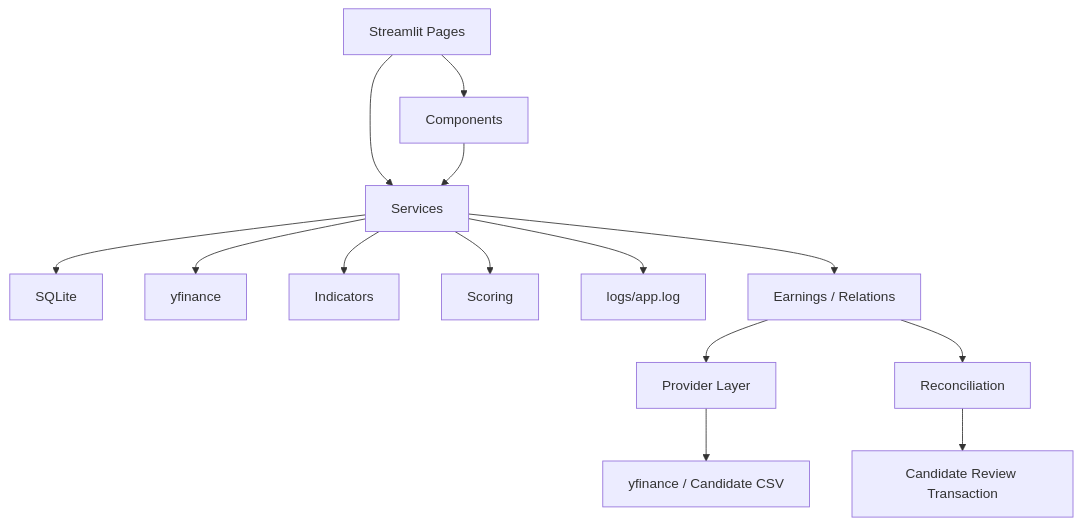
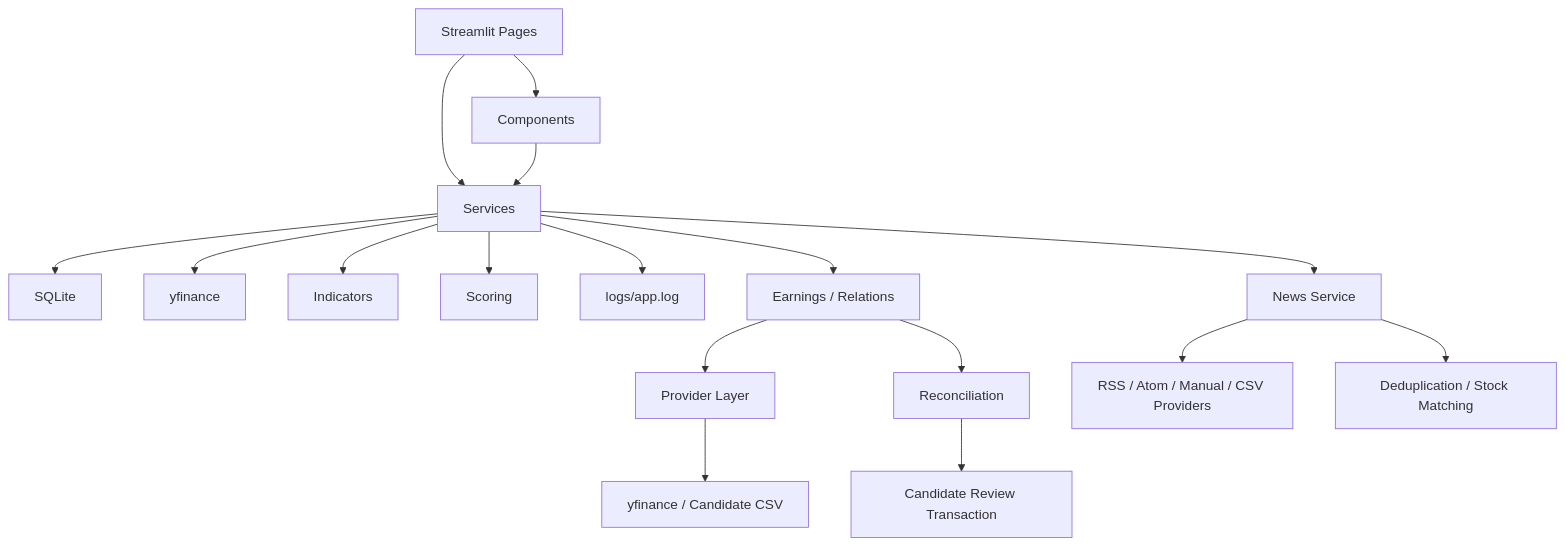
One commit to pchgoro/orekabu-ai changed the diagram in docs/architecture.md. Above: the diagram before and after it, drawn with Mermaid. The commit also changed other lines of this file and 41 other files, not shown here.

````diff
--- a/docs/architecture.md
+++ b/docs/architecture.md
@@ -5,16 +5,19 @@
 ```mermaid
 flowchart TD
     A["Streamlit Pages"] --> B["Components"]
     A --> C["Services"]
     B --> C
     C --> D["SQLite"]
     C --> E["yfinance"]
     C --> F["Indicators"]
     C --> G["Scoring"]
     C --> H["logs/app.log"]
     C --> I["Earnings / Relations"]
     I --> J["Provider Layer"]
     J --> K["yfinance / Candidate CSV"]
     I --> L["Reconciliation"]
     L --> M["Candidate Review Transaction"]
+    C --> N["News Service"]
+    N --> O["RSS / Atom / Manual / CSV Providers"]
+    N --> P["Deduplication / Stock Matching"]
 ```
````
